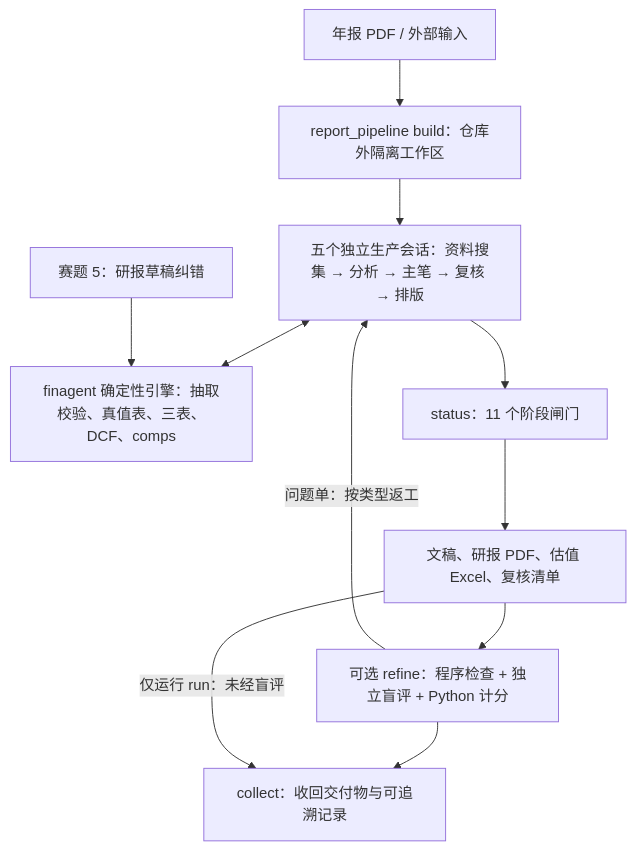
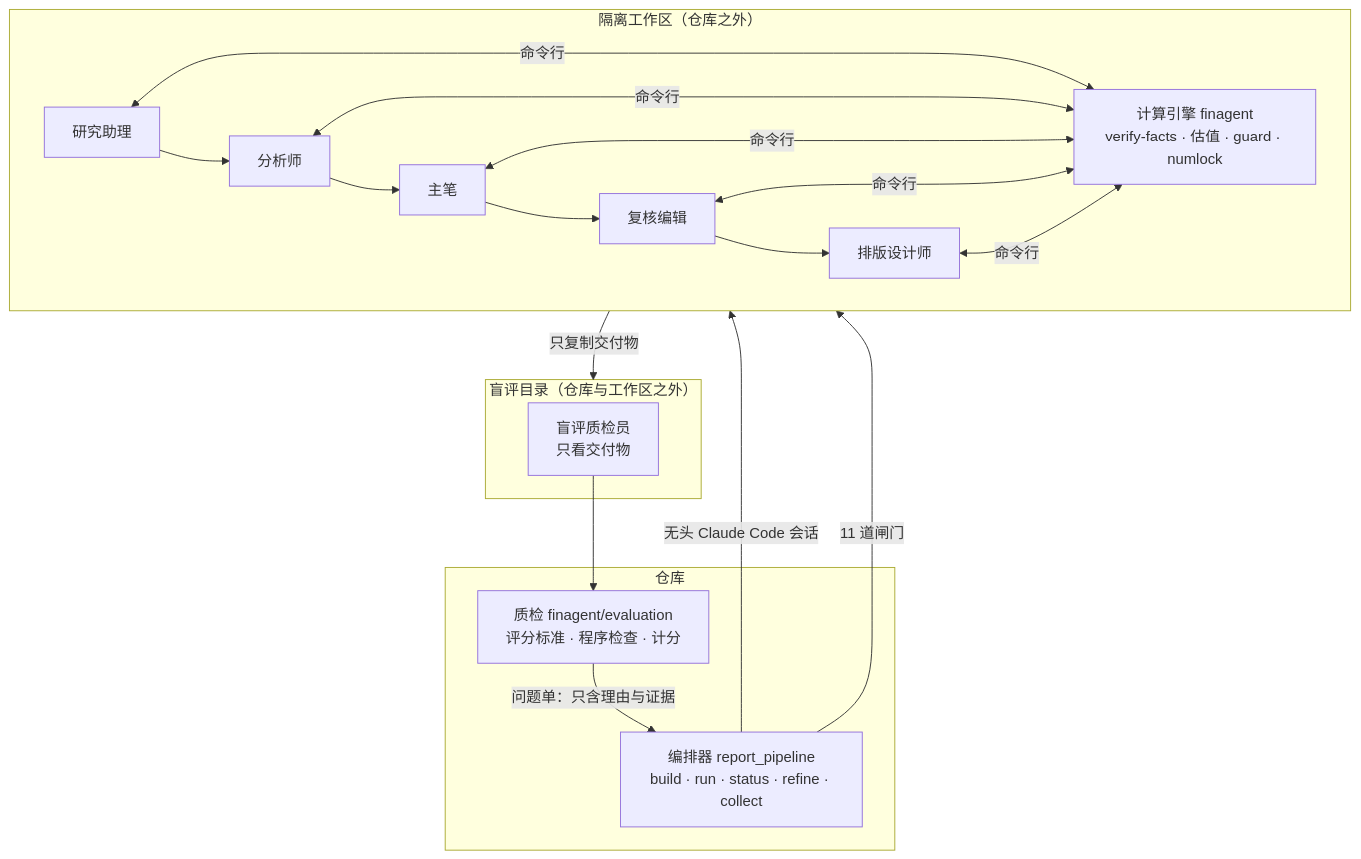
Before and after one commit to MochiaoChen/LEDGER: the diagram in README.md, drawn with Mermaid. The commit also changed other lines of this file and 72 other files, not shown here.

First line of the commit message:
单一路线：多 Agent + 无头 Claude Code；删除程序内 LLM 与 Codex 执行器，重写文档

````diff
--- a/README.md
+++ b/README.md
@@ -275,13 +43,20 @@
 ```mermaid
 flowchart TB
-    A[年报 PDF / 外部输入] --> B[report_pipeline build：仓库外隔离工作区]
-    B --> C[五个独立生产会话：资料搜集 → 分析 → 主笔 → 复核 → 排版]
-    C <--> D[finagent 确定性引擎：抽取校验、真值表、三表、DCF、comps]
-    C --> E[status：11 个阶段闸门]
-    E --> F[文稿、研报 PDF、估值 Excel、复核清单]
-    F --> G[可选 refine：程序检查 + 独立盲评 + Python 计分]
-    G -- 问题单：按类型返工 --> C
-    G --> H[collect：收回交付物与可追溯记录]
-    F -- 仅运行 run：未经盲评 --> H
-    I[赛题 5：研报草稿纠错] --> D
+    subgraph REPO[仓库]
+        ORCH[编排器 report_pipeline<br/>build · run · status · refine · collect]
+        EVAL[质检 finagent/evaluation<br/>评分标准 · 程序检查 · 计分]
+    end
+    subgraph WS[隔离工作区（仓库之外）]
+        S1[研究助理] --> S2[分析师] --> S3[主笔] --> S4[复核编辑] --> S5[排版设计师]
+        ENG[计算引擎 finagent<br/>verify-facts · 估值 · guard · numlock]
+        S1 & S2 & S3 & S4 & S5 <-->|命令行| ENG
+    end
+    subgraph BLIND[盲评目录（仓库与工作区之外）]
+        JUDGE[盲评质检员<br/>只看交付物]
+    end
+    ORCH -->|无头 Claude Code 会话| WS
+    ORCH -->|11 道闸门| WS
+    WS -->|只复制交付物| BLIND
+    JUDGE --> EVAL
+    EVAL -->|问题单：只含理由与证据| ORCH
 ```
````
